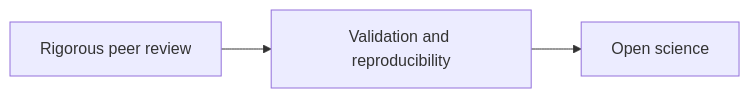
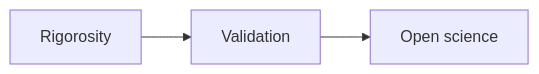
Before and after one commit to Alliance-RDM-GDR/CUR_Res_DepositingData: the second of 3 diagrams in RDM_DepositingData_en.qmd, drawn with Mermaid. The commit also changed other lines of this file and 3 other files, not shown here.

````diff
--- a/RDM_DepositingData_en.qmd
+++ b/RDM_DepositingData_en.qmd
@@ -94,7 +95,8 @@
 ```{mermaid}
-%%| fig-width: 10
+%%| fig-width: 20
 %%| fig-height: 9
 
 flowchart LR
-  A[Rigorous peer review] --> B[Validation and reproducibility] --> C[Open science]
+A[Rigorosity] --> B[Validation] 
+B --> C[Open science]
 ```
````
